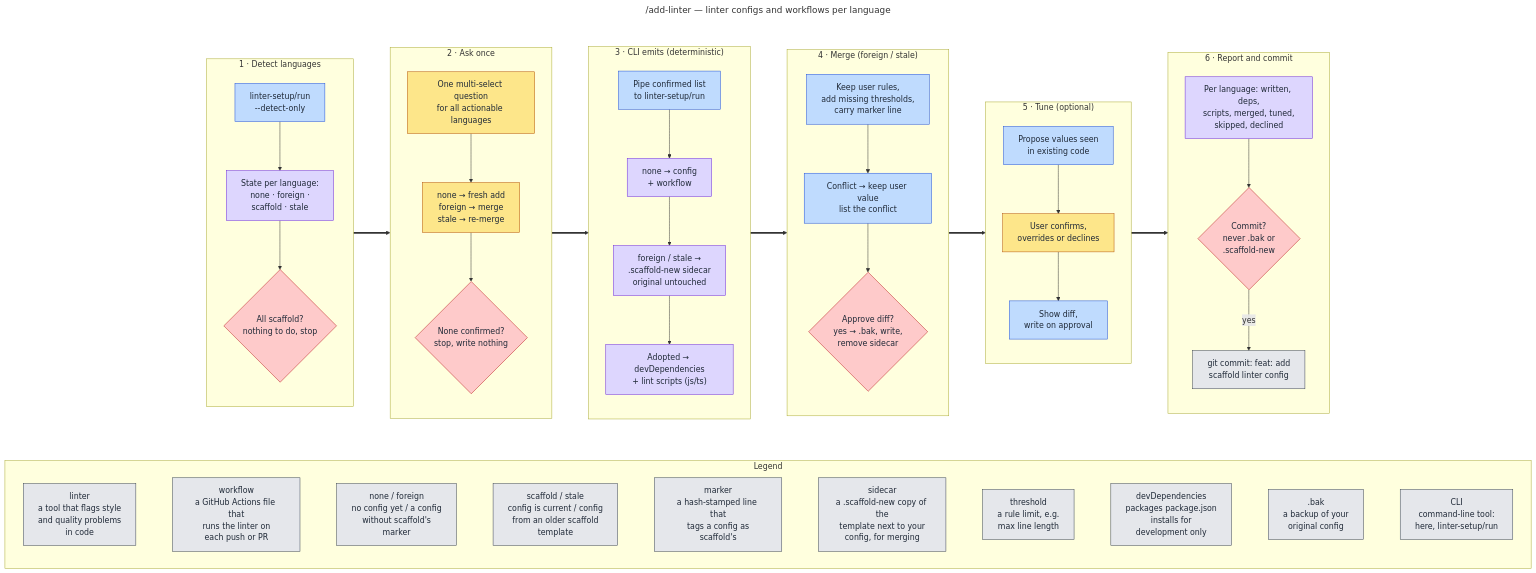
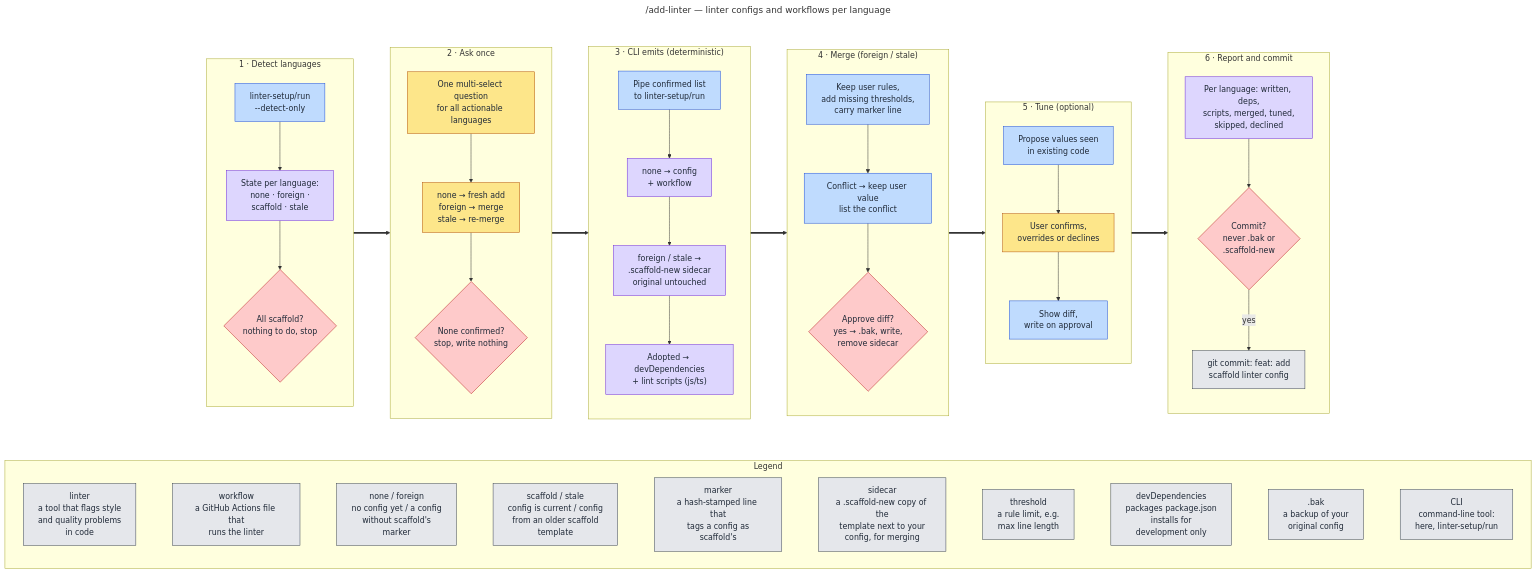
The diagram in docs/diagrams/src/add-linter.mmd (victusfate/scaffold), drawn with Mermaid before and after one commit. The commit also changed 7 other files, not shown here.

Commit message:
docs(diagrams): correct loop-tick, session-continuity, scaffold-sync, add-linter against their sources

```diff
--- a/docs/diagrams/src/add-linter.mmd
+++ b/docs/diagrams/src/add-linter.mmd
@@ -1,86 +1,86 @@
 ---
 title: /add-linter — linter configs and workflows per language
 ---
 flowchart TB
   classDef owner fill:#fde68a,stroke:#b45309,color:#1f2937
   classDef orch fill:#bfdbfe,stroke:#1d4ed8,color:#1f2937
   classDef state fill:#ddd6fe,stroke:#6d28d9,color:#1f2937
   classDef lane fill:#bbf7d0,stroke:#15803d,color:#1f2937
   classDef git fill:#e5e7eb,stroke:#374151,color:#1f2937
   classDef gate fill:#fecaca,stroke:#b91c1c,color:#1f2937
 
   %% Edges run between stage subgraphs (not inner nodes) so each stage keeps
   %% its own top-to-bottom direction and the whole image stays landscape.
 
   subgraph FLOW[" "]
   direction LR
 
   subgraph DETECT["1 · Detect languages"]
     direction TB
     D1["linter-setup/run<br/>--detect-only"]:::orch
     D2["State per language:<br/>none · foreign ·<br/>scaffold · stale"]:::state
     D3{"All scaffold?<br/>nothing to do, stop"}:::gate
     D1 --> D2 --> D3
   end
 
   subgraph ASK["2 · Ask once"]
     direction TB
     A1["One multi-select question<br/>for all actionable languages"]:::owner
     A2["none → fresh add<br/>foreign → merge<br/>stale → re-merge"]:::owner
     A3{"None confirmed?<br/>stop, write nothing"}:::gate
     A1 --> A2 --> A3
   end
 
   subgraph EMIT["3 · CLI emits (deterministic)"]
     direction TB
     E1["Pipe confirmed list<br/>to linter-setup/run"]:::orch
     E2["none → config<br/>+ workflow"]:::state
     E3["foreign / stale →<br/>.scaffold-new sidecar<br/>original untouched"]:::state
     E4["Adopted → devDependencies<br/>+ lint scripts (js/ts)"]:::state
     E1 --> E2 --> E3 --> E4
   end
 
   subgraph MERGE["4 · Merge (foreign / stale)"]
     direction TB
     M1["Keep user rules,<br/>add missing thresholds,<br/>carry marker line"]:::orch
     M2["Conflict → keep user value<br/>list the conflict"]:::orch
     M3{"Approve diff?<br/>yes → .bak, write,<br/>remove sidecar"}:::gate
     M1 --> M2 --> M3
   end
 
   subgraph TUNE["5 · Tune (optional)"]
     direction TB
     T1["Propose values seen<br/>in existing code"]:::orch
     T2["User confirms,<br/>overrides or declines"]:::owner
     T3["Show diff,<br/>write on approval"]:::orch
     T1 --> T2 --> T3
   end
 
   subgraph FINISH["6 · Report and commit"]
     direction TB
     F1["Per language: written, deps,<br/>scripts, merged, tuned,<br/>skipped, declined"]:::state
     F2{"Commit?<br/>never .bak or<br/>.scaffold-new"}:::gate
     F3["git commit: feat: add<br/>scaffold linter config"]:::git
     F1 --> F2 -->|yes| F3
   end
 
   DETECT ==> ASK ==> EMIT ==> MERGE ==> TUNE ==> FINISH
   end
   style FLOW fill:none,stroke:none
 
   subgraph LEGEND["Legend"]
     direction LR
     L1["linter<br/>a tool that flags style<br/>and quality problems<br/>in code"]:::git
-    L2["workflow<br/>a GitHub Actions file that<br/>runs the linter on<br/>each push or PR"]:::git
+    L2["workflow<br/>a GitHub Actions file that<br/>runs the linter"]:::git
     L3["none / foreign<br/>no config yet / a config<br/>without scaffold's<br/>marker"]:::git
     L4["scaffold / stale<br/>config is current / config<br/>from an older scaffold<br/>template"]:::git
     L5["marker<br/>a hash-stamped line that<br/>tags a config as<br/>scaffold's"]:::git
     L6["sidecar<br/>a .scaffold-new copy of the<br/>template next to your<br/>config, for merging"]:::git
     L7["threshold<br/>a rule limit, e.g.<br/>max line length"]:::git
     L8["devDependencies<br/>packages package.json<br/>installs for<br/>development only"]:::git
     L9[".bak<br/>a backup of your<br/>original config"]:::git
     L10["CLI<br/>command-line tool:<br/>here, linter-setup/run"]:::git
     L1 ~~~ L2 ~~~ L3 ~~~ L4 ~~~ L5 ~~~ L6 ~~~ L7 ~~~ L8 ~~~ L9 ~~~ L10
   end
 
   FLOW ~~~ LEGEND
```
